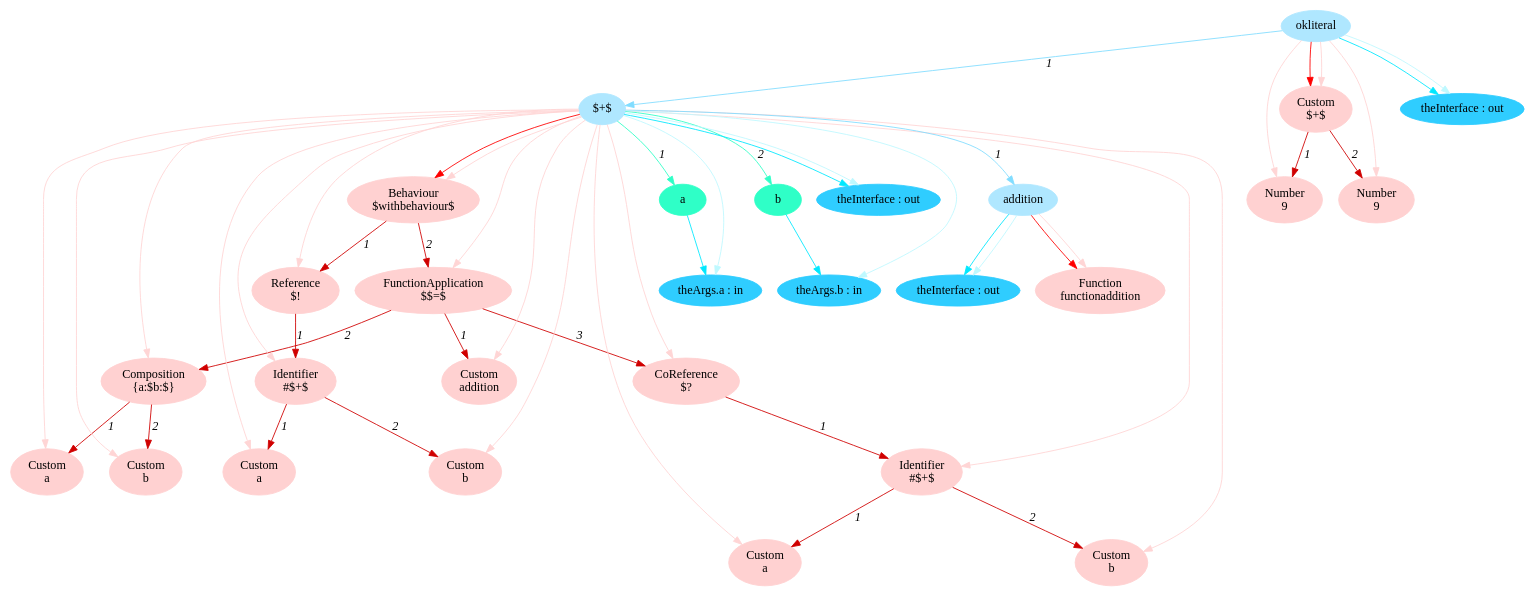
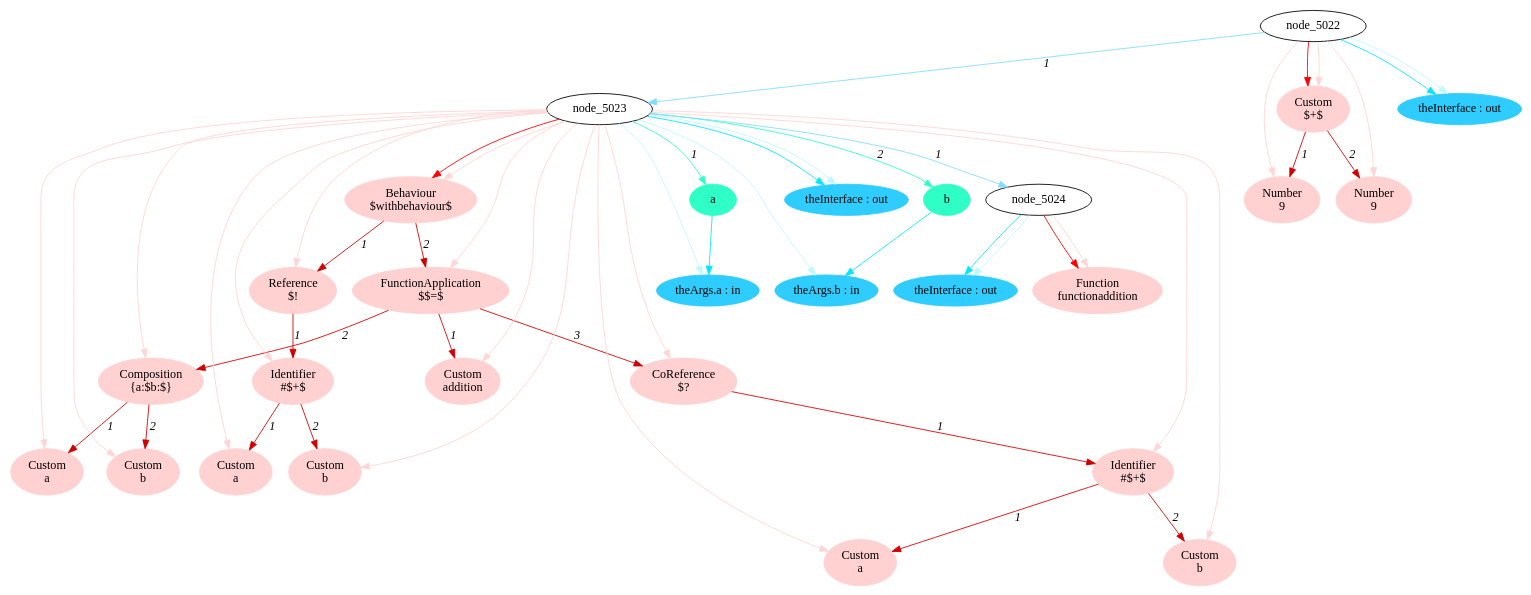
Before and after one commit to crubier/lidl: the diagram in lidl-core/example/ok/literals/dot/2addOperatorTypeAnnotation1.dot, drawn with Graphviz. The commit also changed 603 other files, not shown here.

```diff
--- a/lidl-core/example/ok/literals/dot/2addOperatorTypeAnnotation1.dot
+++ b/lidl-core/example/ok/literals/dot/2addOperatorTypeAnnotation1.dot
@@ -1,97 +1,94 @@
 digraph g{node_5028 [shape="ellipse", style="filled", color="#ffd1d1", fontname="Times", label="Function
 functionaddition" ]
 node_5045 [shape="ellipse", style="filled", color="#ffd1d1", fontname="Times", label="Behaviour
 $withbehaviour$" ]
 node_5047 [shape="ellipse", style="filled", color="#ffd1d1", fontname="Times", label="Reference
 $!" ]
 node_5049 [shape="ellipse", style="filled", color="#ffd1d1", fontname="Times", label="Identifier
 #$+$" ]
 node_5051 [shape="ellipse", style="filled", color="#ffd1d1", fontname="Times", label="Custom
 a" ]
 node_5053 [shape="ellipse", style="filled", color="#ffd1d1", fontname="Times", label="Custom
 b" ]
 node_5058 [shape="ellipse", style="filled", color="#ffd1d1", fontname="Times", label="FunctionApplication
 $$=$" ]
 node_5060 [shape="ellipse", style="filled", color="#ffd1d1", fontname="Times", label="Custom
 addition" ]
 node_5062 [shape="ellipse", style="filled", color="#ffd1d1", fontname="Times", label="Composition
 {a:$b:$}" ]
 node_5064 [shape="ellipse", style="filled", color="#ffd1d1", fontname="Times", label="Custom
 a" ]
 node_5066 [shape="ellipse", style="filled", color="#ffd1d1", fontname="Times", label="Custom
 b" ]
 node_5070 [shape="ellipse", style="filled", color="#ffd1d1", fontname="Times", label="CoReference
 $?" ]
 node_5072 [shape="ellipse", style="filled", color="#ffd1d1", fontname="Times", label="Identifier
 #$+$" ]
 node_5074 [shape="ellipse", style="filled", color="#ffd1d1", fontname="Times", label="Custom
 a" ]
 node_5076 [shape="ellipse", style="filled", color="#ffd1d1", fontname="Times", label="Custom
 b" ]
 node_5091 [shape="ellipse", style="filled", color="#ffd1d1", fontname="Times", label="Custom
 $+$" ]
 node_5093 [shape="ellipse", style="filled", color="#ffd1d1", fontname="Times", label="Number
 9" ]
 node_5095 [shape="ellipse", style="filled", color="#ffd1d1", fontname="Times", label="Number
 9" ]
-node_5022 [shape="ellipse", style="filled", color="#afe7ff", fontname="Times", label="okliteral" ]
-node_5023 [shape="ellipse", style="filled", color="#afe7ff", fontname="Times", label="$+$" ]
-node_5024 [shape="ellipse", style="filled", color="#afe7ff", fontname="Times", label="addition" ]
 node_5032 [shape="ellipse", style="filled", color="#2fffc7", fontname="Times", label="a" ]
 node_5036 [shape="ellipse", style="filled", color="#2fffc7", fontname="Times", label="b" ]
 node_5025 [shape="ellipse", style="filled", color="#2fcdff", fontname="Times", label="theInterface : out" ]
 node_5033 [shape="ellipse", style="filled", color="#2fcdff", fontname="Times", label="theArgs.a : in" ]
 node_5037 [shape="ellipse", style="filled", color="#2fcdff", fontname="Times", label="theArgs.b : in" ]
 node_5042 [shape="ellipse", style="filled", color="#2fcdff", fontname="Times", label="theInterface : out" ]
 node_5088 [shape="ellipse", style="filled", color="#2fcdff", fontname="Times", label="theInterface : out" ]
 node_5049 -> node_5051 [dir=forward, arrowHead=normal, fontname="Times-Italic", arrowsize=1, color="#d00000", label="1",  headlabel="", taillabel="" ]
 node_5049 -> node_5053 [dir=forward, arrowHead=normal, fontname="Times-Italic", arrowsize=1, color="#d00000", label="2",  headlabel="", taillabel="" ]
 node_5047 -> node_5049 [dir=forward, arrowHead=normal, fontname="Times-Italic", arrowsize=1, color="#d00000", label="1",  headlabel="", taillabel="" ]
 node_5062 -> node_5064 [dir=forward, arrowHead=normal, fontname="Times-Italic", arrowsize=1, color="#d00000", label="1",  headlabel="", taillabel="" ]
 node_5062 -> node_5066 [dir=forward, arrowHead=normal, fontname="Times-Italic", arrowsize=1, color="#d00000", label="2",  headlabel="", taillabel="" ]
 node_5072 -> node_5074 [dir=forward, arrowHead=normal, fontname="Times-Italic", arrowsize=1, color="#d00000", label="1",  headlabel="", taillabel="" ]
 node_5072 -> node_5076 [dir=forward, arrowHead=normal, fontname="Times-Italic", arrowsize=1, color="#d00000", label="2",  headlabel="", taillabel="" ]
 node_5070 -> node_5072 [dir=forward, arrowHead=normal, fontname="Times-Italic", arrowsize=1, color="#d00000", label="1",  headlabel="", taillabel="" ]
 node_5058 -> node_5060 [dir=forward, arrowHead=normal, fontname="Times-Italic", arrowsize=1, color="#d00000", label="1",  headlabel="", taillabel="" ]
 node_5058 -> node_5062 [dir=forward, arrowHead=normal, fontname="Times-Italic", arrowsize=1, color="#d00000", label="2",  headlabel="", taillabel="" ]
 node_5058 -> node_5070 [dir=forward, arrowHead=normal, fontname="Times-Italic", arrowsize=1, color="#d00000", label="3",  headlabel="", taillabel="" ]
 node_5045 -> node_5047 [dir=forward, arrowHead=normal, fontname="Times-Italic", arrowsize=1, color="#d00000", label="1",  headlabel="", taillabel="" ]
 node_5045 -> node_5058 [dir=forward, arrowHead=normal, fontname="Times-Italic", arrowsize=1, color="#d00000", label="2",  headlabel="", taillabel="" ]
 node_5091 -> node_5093 [dir=forward, arrowHead=normal, fontname="Times-Italic", arrowsize=1, color="#d00000", label="1",  headlabel="", taillabel="" ]
 node_5091 -> node_5095 [dir=forward, arrowHead=normal, fontname="Times-Italic", arrowsize=1, color="#d00000", label="2",  headlabel="", taillabel="" ]
 node_5024 -> node_5028 [dir=forward, arrowHead=normal, fontname="Times-Italic", arrowsize=1, color="#ff0000", label="",  headlabel="", taillabel="" ]
 node_5023 -> node_5045 [dir=forward, arrowHead=normal, fontname="Times-Italic", arrowsize=1, color="#ff0000", label="",  headlabel="", taillabel="" ]
 node_5022 -> node_5091 [dir=forward, arrowHead=normal, fontname="Times-Italic", arrowsize=1, color="#ff0000", label="",  headlabel="", taillabel="" ]
 node_5024 -> node_5028 [dir=forward, arrowHead=normal, fontname="Times-Italic", arrowsize=1, color="#ffd5d5", label="",  headlabel="", taillabel="" ]
 node_5023 -> node_5045 [dir=forward, arrowHead=normal, fontname="Times-Italic", arrowsize=1, color="#ffd5d5", label="",  headlabel="", taillabel="" ]
 node_5023 -> node_5047 [dir=forward, arrowHead=normal, fontname="Times-Italic", arrowsize=1, color="#ffd5d5", label="",  headlabel="", taillabel="" ]
 node_5023 -> node_5049 [dir=forward, arrowHead=normal, fontname="Times-Italic", arrowsize=1, color="#ffd5d5", label="",  headlabel="", taillabel="" ]
 node_5023 -> node_5051 [dir=forward, arrowHead=normal, fontname="Times-Italic", arrowsize=1, color="#ffd5d5", label="",  headlabel="", taillabel="" ]
 node_5023 -> node_5053 [dir=forward, arrowHead=normal, fontname="Times-Italic", arrowsize=1, color="#ffd5d5", label="",  headlabel="", taillabel="" ]
 node_5023 -> node_5058 [dir=forward, arrowHead=normal, fontname="Times-Italic", arrowsize=1, color="#ffd5d5", label="",  headlabel="", taillabel="" ]
 node_5023 -> node_5060 [dir=forward, arrowHead=normal, fontname="Times-Italic", arrowsize=1, color="#ffd5d5", label="",  headlabel="", taillabel="" ]
 node_5023 -> node_5062 [dir=forward, arrowHead=normal, fontname="Times-Italic", arrowsize=1, color="#ffd5d5", label="",  headlabel="", taillabel="" ]
 node_5023 -> node_5064 [dir=forward, arrowHead=normal, fontname="Times-Italic", arrowsize=1, color="#ffd5d5", label="",  headlabel="", taillabel="" ]
 node_5023 -> node_5066 [dir=forward, arrowHead=normal, fontname="Times-Italic", arrowsize=1, color="#ffd5d5", label="",  headlabel="", taillabel="" ]
 node_5023 -> node_5070 [dir=forward, arrowHead=normal, fontname="Times-Italic", arrowsize=1, color="#ffd5d5", label="",  headlabel="", taillabel="" ]
 node_5023 -> node_5072 [dir=forward, arrowHead=normal, fontname="Times-Italic", arrowsize=1, color="#ffd5d5", label="",  headlabel="", taillabel="" ]
 node_5023 -> node_5074 [dir=forward, arrowHead=normal, fontname="Times-Italic", arrowsize=1, color="#ffd5d5", label="",  headlabel="", taillabel="" ]
 node_5023 -> node_5076 [dir=forward, arrowHead=normal, fontname="Times-Italic", arrowsize=1, color="#ffd5d5", label="",  headlabel="", taillabel="" ]
 node_5022 -> node_5091 [dir=forward, arrowHead=normal, fontname="Times-Italic", arrowsize=1, color="#ffd5d5", label="",  headlabel="", taillabel="" ]
 node_5022 -> node_5093 [dir=forward, arrowHead=normal, fontname="Times-Italic", arrowsize=1, color="#ffd5d5", label="",  headlabel="", taillabel="" ]
 node_5022 -> node_5095 [dir=forward, arrowHead=normal, fontname="Times-Italic", arrowsize=1, color="#ffd5d5", label="",  headlabel="", taillabel="" ]
 node_5023 -> node_5032 [dir=forward, arrowHead=normal, fontname="Times-Italic", arrowsize=1, color="#2fffc7", label="1",  headlabel="", taillabel="" ]
 node_5023 -> node_5036 [dir=forward, arrowHead=normal, fontname="Times-Italic", arrowsize=1, color="#2fffc7", label="2",  headlabel="", taillabel="" ]
 node_5032 -> node_5033 [dir=forward, arrowHead=normal, fontname="Times-Italic", arrowsize=1, color="#00e8ff", label="",  headlabel="", taillabel="" ]
 node_5036 -> node_5037 [dir=forward, arrowHead=normal, fontname="Times-Italic", arrowsize=1, color="#00e8ff", label="",  headlabel="", taillabel="" ]
 node_5024 -> node_5025 [dir=forward, arrowHead=normal, fontname="Times-Italic", arrowsize=1, color="#00e8ff", label="",  headlabel="", taillabel="" ]
 node_5023 -> node_5042 [dir=forward, arrowHead=normal, fontname="Times-Italic", arrowsize=1, color="#00e8ff", label="",  headlabel="", taillabel="" ]
 node_5022 -> node_5088 [dir=forward, arrowHead=normal, fontname="Times-Italic", arrowsize=1, color="#00e8ff", label="",  headlabel="", taillabel="" ]
 node_5024 -> node_5025 [dir=forward, arrowHead=normal, fontname="Times-Italic", arrowsize=1, color="#bef9ff", label="",  headlabel="", taillabel="" ]
 node_5023 -> node_5033 [dir=forward, arrowHead=normal, fontname="Times-Italic", arrowsize=1, color="#bef9ff", label="",  headlabel="", taillabel="" ]
 node_5023 -> node_5037 [dir=forward, arrowHead=normal, fontname="Times-Italic", arrowsize=1, color="#bef9ff", label="",  headlabel="", taillabel="" ]
 node_5023 -> node_5042 [dir=forward, arrowHead=normal, fontname="Times-Italic", arrowsize=1, color="#bef9ff", label="",  headlabel="", taillabel="" ]
 node_5022 -> node_5088 [dir=forward, arrowHead=normal, fontname="Times-Italic", arrowsize=1, color="#bef9ff", label="",  headlabel="", taillabel="" ]
 node_5023 -> node_5024 [dir=forward, arrowHead=normal, fontname="Times-Italic", arrowsize=1, color="#81ddff", label="1",  headlabel="", taillabel="" ]
 node_5022 -> node_5023 [dir=forward, arrowHead=normal, fontname="Times-Italic", arrowsize=1, color="#81ddff", label="1",  headlabel="", taillabel="" ]
 }
```
